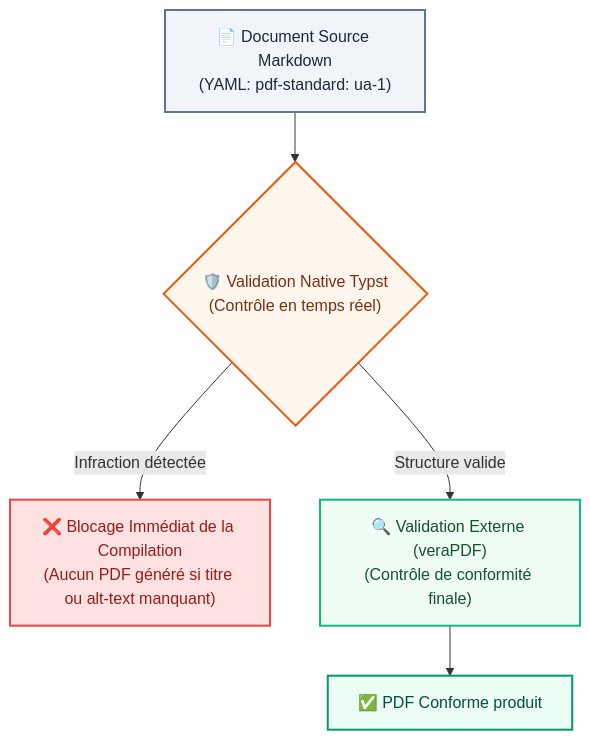
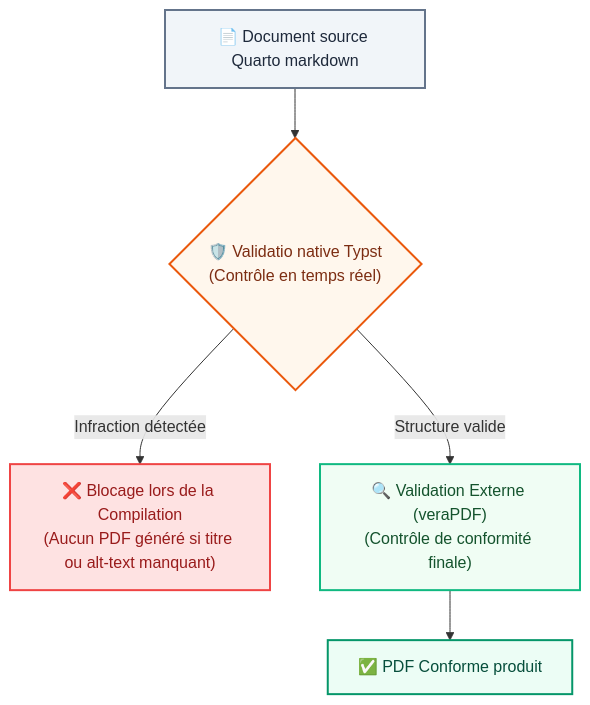
Before and after one commit to cregouby/RR_2026: the second of 2 diagrams in accessibilité_presentation_longue.qmd, drawn with Mermaid. The commit also changed other lines of this file and 2 other files, not shown here.

````diff
--- a/accessibilité_presentation_longue.qmd
+++ b/accessibilité_presentation_longue.qmd
@@ -139,20 +291,20 @@
 ```{mermaid}
 flowchart TD
-    A["📄 Document Source Markdown<br/>(YAML: pdf-standard: ua-1)"]
-    B{"🛡️ Validation Native Typst<br/>(Contrôle en temps réel)"}
-    C["❌ Blocage Immédiat de la Compilation<br/>(Aucun PDF généré si titre ou alt-text manquant)"]
+    A["📄 Document source Quarto markdown"]
+    B{"🛡️ Validatio native Typst<br/>(Contrôle en temps réel)"}
+    C["❌ Blocage lors de la Compilation<br/>(Aucun PDF généré si titre ou alt-text manquant)"]
     D["🔍 Validation Externe (veraPDF)<br/>(Contrôle de conformité finale)"]
     E["✅ PDF Conforme produit"]
 
     A --> B
     B -->|Infraction détectée| C
     B -->|Structure valide| D
     D --> E
 
     %% Personnalisation des styles
     style A fill:#f1f5f9,stroke:#64748b,stroke-width:2px,color:#1e293b
     style B fill:#fff7ed,stroke:#ea580c,stroke-width:2px,color:#7c2d12
     style C fill:#fee2e2,stroke:#ef4444,stroke-width:2px,color:#991b1b
     style D fill:#f0fdf4,stroke:#10b981,stroke-width:2px,color:#14532d
     style E fill:#ecfdf5,stroke:#059669,stroke-width:2px,color:#064e3b
 ```
````
